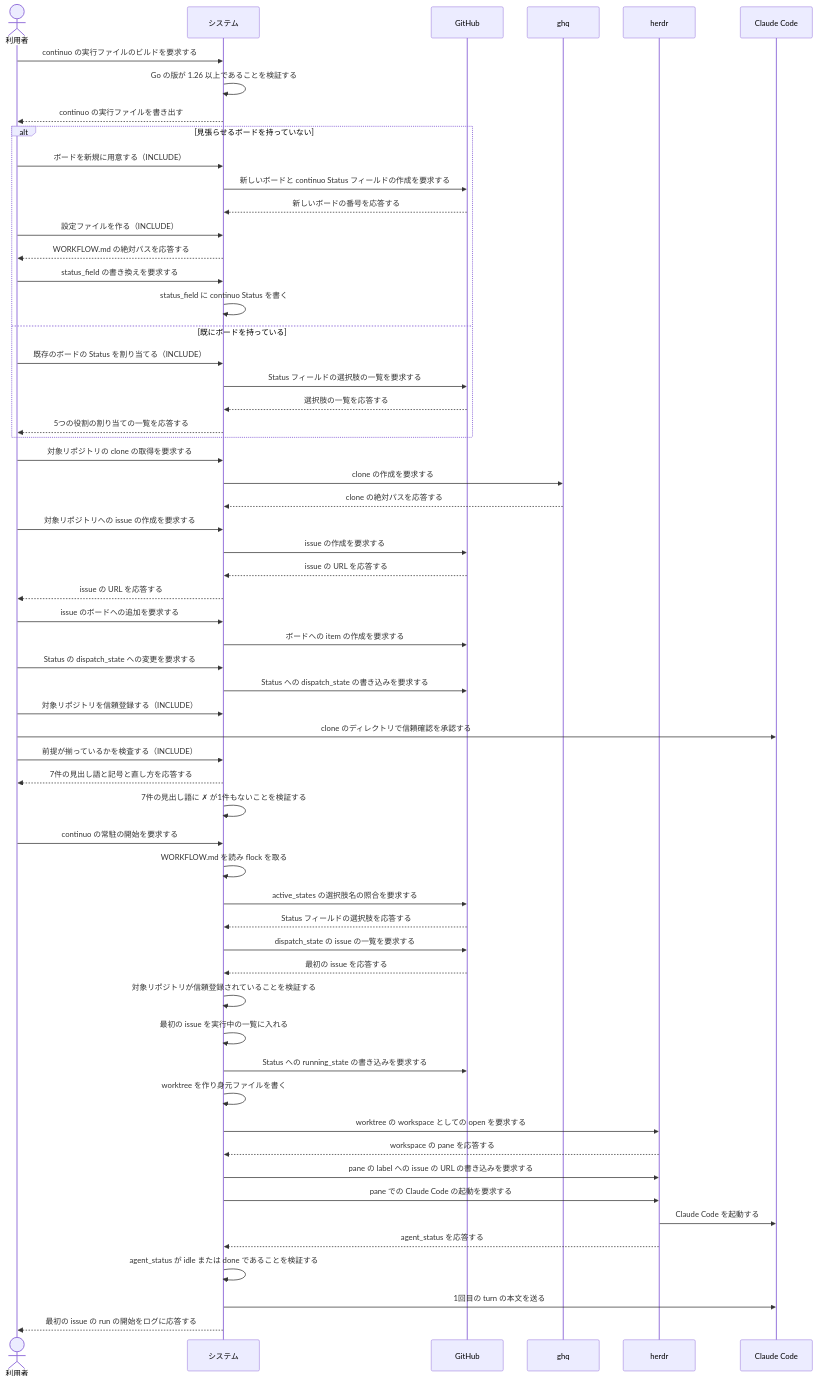
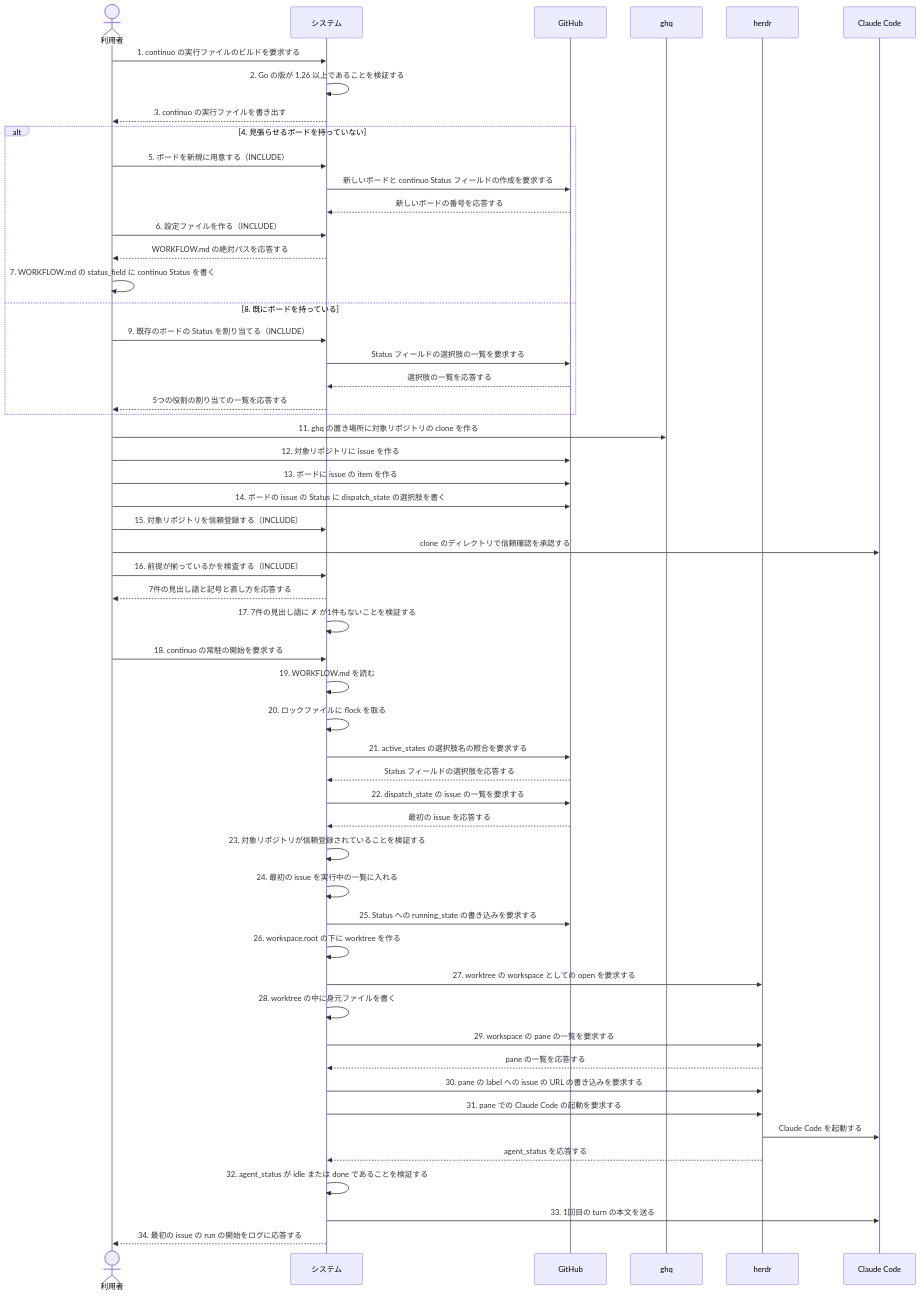
The second of 2 diagrams in docs/spec/usecases/scenario/はじめて continuo を動かせるようにする.rucm.md (maimuzo/continuo), drawn with Mermaid before and after one commit. The commit also changed other lines of this file and 4 other files, not shown here.

````diff
--- a/docs/spec/usecases/scenario/はじめて continuo を動かせるようにする.rucm.md
+++ b/docs/spec/usecases/scenario/はじめて continuo を動かせるようにする.rucm.md
@@ -187,66 +175,61 @@
 ```mermaid
 sequenceDiagram
     actor U as 利用者
     participant S as システム
     participant GH as GitHub
     participant Q as ghq
     participant H as herdr
     participant CC as Claude Code
 
-    U->>S: continuo の実行ファイルのビルドを要求する
-    S->>S: Go の版が 1.26 以上であることを検証する
-    S-->>U: continuo の実行ファイルを書き出す
+    U->>S: 1. continuo の実行ファイルのビルドを要求する
+    S->>S: 2. Go の版が 1.26 以上であることを検証する
+    S-->>U: 3. continuo の実行ファイルを書き出す
 
-    alt 見張らせるボードを持っていない
-        U->>S: ボードを新規に用意する（INCLUDE）
+    alt 4. 見張らせるボードを持っていない
+        U->>S: 5. ボードを新規に用意する（INCLUDE）
         S->>GH: 新しいボードと continuo Status フィールドの作成を要求する
         GH-->>S: 新しいボードの番号を応答する
-        U->>S: 設定ファイルを作る（INCLUDE）
+        U->>S: 6. 設定ファイルを作る（INCLUDE）
         S-->>U: WORKFLOW.md の絶対パスを応答する
-        U->>S: status_field の書き換えを要求する
-        S->>S: status_field に continuo Status を書く
-    else 既にボードを持っている
-        U->>S: 既存のボードの Status を割り当てる（INCLUDE）
+        U->>U: 7. WORKFLOW.md の status_field に continuo Status を書く
+    else 8. 既にボードを持っている
+        U->>S: 9. 既存のボードの Status を割り当てる（INCLUDE）
         S->>GH: Status フィールドの選択肢の一覧を要求する
         GH-->>S: 選択肢の一覧を応答する
         S-->>U: 5つの役割の割り当ての一覧を応答する
     end
 
-    U->>S: 対象リポジトリの clone の取得を要求する
-    S->>Q: clone の作成を要求する
-    Q-->>S: clone の絶対パスを応答する
-    U->>S: 対象リポジトリへの issue の作成を要求する
-    S->>GH: issue の作成を要求する
-    GH-->>S: issue の URL を応答する
-    S-->>U: issue の URL を応答する
-    U->>S: issue のボードへの追加を要求する
-    S->>GH: ボードへの item の作成を要求する
-    U->>S: Status の dispatch_state への変更を要求する
-    S->>GH: Status への dispatch_state の書き込みを要求する
+    U->>Q: 11. ghq の置き場所に対象リポジトリの clone を作る
+    U->>GH: 12. 対象リポジトリに issue を作る
+    U->>GH: 13. ボードに issue の item を作る
+    U->>GH: 14. ボードの issue の Status に dispatch_state の選択肢を書く
 
-    U->>S: 対象リポジトリを信頼登録する（INCLUDE）
+    U->>S: 15. 対象リポジトリを信頼登録する（INCLUDE）
     U->>CC: clone のディレクトリで信頼確認を承認する
-    U->>S: 前提が揃っているかを検査する（INCLUDE）
+    U->>S: 16. 前提が揃っているかを検査する（INCLUDE）
     S-->>U: 7件の見出し語と記号と直し方を応答する
-    S->>S: 7件の見出し語に ✗ が1件もないことを検証する
+    S->>S: 17. 7件の見出し語に ✗ が1件もないことを検証する
 
-    U->>S: continuo の常駐の開始を要求する
-    S->>S: WORKFLOW.md を読み flock を取る
-    S->>GH: active_states の選択肢名の照合を要求する
+    U->>S: 18. continuo の常駐の開始を要求する
+    S->>S: 19. WORKFLOW.md を読む
+    S->>S: 20. ロックファイルに flock を取る
+    S->>GH: 21. active_states の選択肢名の照合を要求する
     GH-->>S: Status フィールドの選択肢を応答する
-    S->>GH: dispatch_state の issue の一覧を要求する
+    S->>GH: 22. dispatch_state の issue の一覧を要求する
     GH-->>S: 最初の issue を応答する
-    S->>S: 対象リポジトリが信頼登録されていることを検証する
-    S->>S: 最初の issue を実行中の一覧に入れる
-    S->>GH: Status への running_state の書き込みを要求する
-    S->>S: worktree を作り身元ファイルを書く
-    S->>H: worktree の workspace としての open を要求する
-    H-->>S: workspace の pane を応答する
-    S->>H: pane の label への issue の URL の書き込みを要求する
-    S->>H: pane での Claude Code の起動を要求する
+    S->>S: 23. 対象リポジトリが信頼登録されていることを検証する
+    S->>S: 24. 最初の issue を実行中の一覧に入れる
+    S->>GH: 25. Status への running_state の書き込みを要求する
+    S->>S: 26. workspace.root の下に worktree を作る
+    S->>H: 27. worktree の workspace としての open を要求する
+    S->>S: 28. worktree の中に身元ファイルを書く
+    S->>H: 29. workspace の pane の一覧を要求する
+    H-->>S: pane の一覧を応答する
+    S->>H: 30. pane の label への issue の URL の書き込みを要求する
+    S->>H: 31. pane での Claude Code の起動を要求する
     H->>CC: Claude Code を起動する
     H-->>S: agent_status を応答する
-    S->>S: agent_status が idle または done であることを検証する
-    S->>CC: 1回目の turn の本文を送る
-    S-->>U: 最初の issue の run の開始をログに応答する
+    S->>S: 32. agent_status が idle または done であることを検証する
+    S->>CC: 33. 1回目の turn の本文を送る
+    S-->>U: 34. 最初の issue の run の開始をログに応答する
 ```
````
